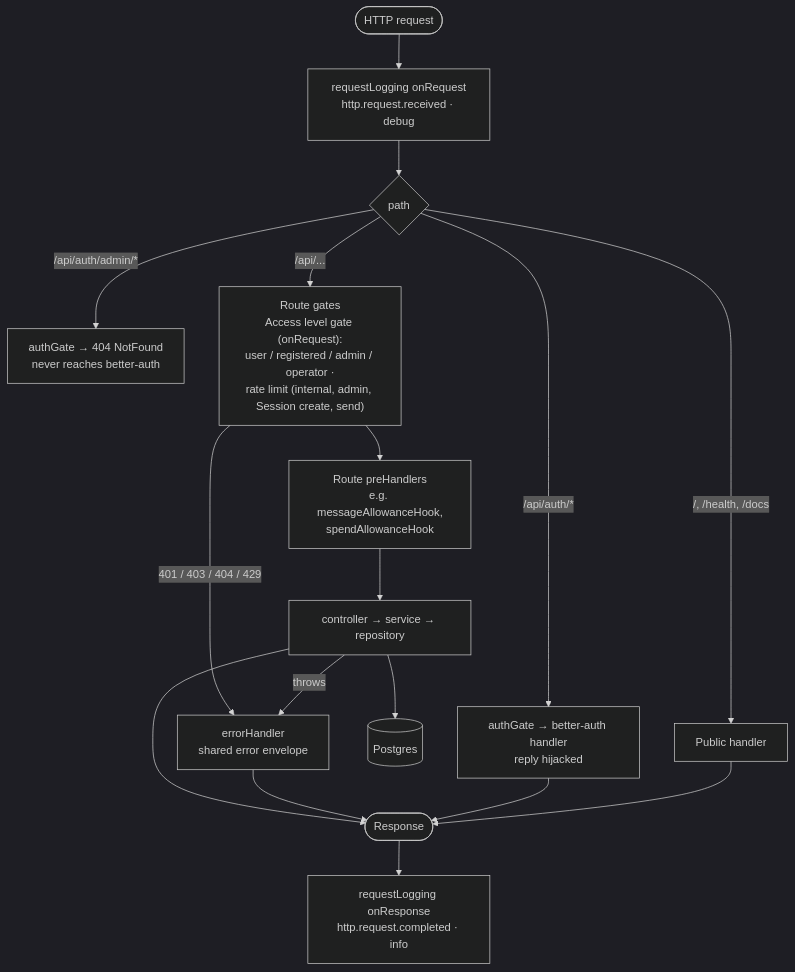
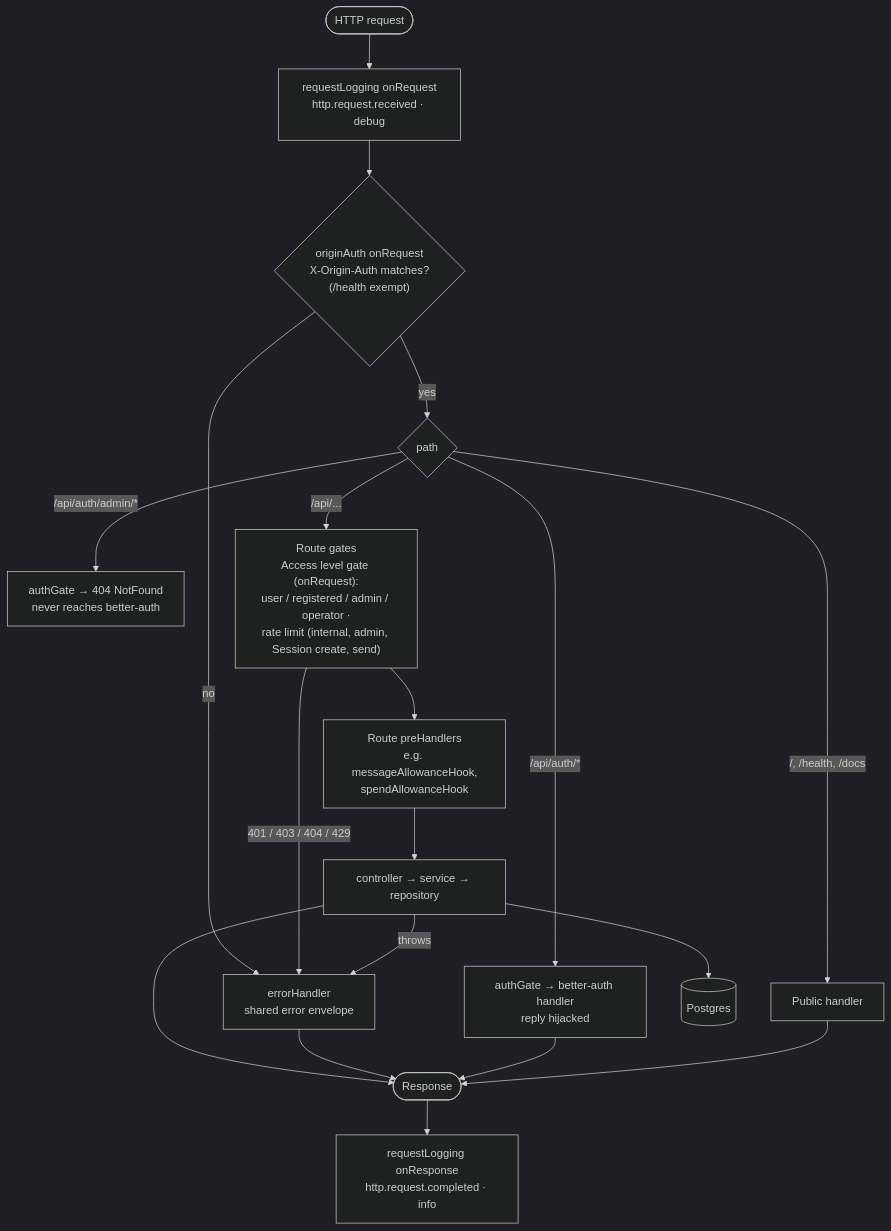
One commit to itsDaiton/nebula-chat changed the fourth of 9 diagrams in docs/architecture.md. Above: the diagram before and after it, drawn with Mermaid (dark theme). The commit also changed other lines of this file and 11 other files, not shown here.

````diff
--- a/docs/architecture.md
+++ b/docs/architecture.md
@@ -123,19 +123,21 @@
 ```mermaid
 flowchart TD
   req([HTTP request]) --> log1["requestLogging onRequest<br/>http.request.received · debug"]
-  log1 --> which{path}
+  log1 --> oa{"originAuth onRequest<br/>X-Origin-Auth matches?<br/>(/health exempt)"}
+  oa -->|no| err
+  oa -->|yes| which{path}
   which -->|"/api/auth/admin/*"| nf["authGate → 404 NotFound<br/>never reaches better-auth"]
   which -->|"/api/auth/*"| ba["authGate → better-auth handler<br/>reply hijacked"]
   which -->|"/, /health, /docs"| public[Public handler]
   which -->|"/api/..."| gates["Route gates<br/>Access level gate (onRequest):<br/>user / registered / admin / operator ·<br/>rate limit (internal, admin, Session create, send)"]
   gates --> pre["Route preHandlers<br/>e.g. messageAllowanceHook,<br/>spendAllowanceHook"]
   pre --> handler["controller → service → repository"]
   handler --> pg[(Postgres)]
   gates -->|"401 / 403 / 404 / 429"| err
   handler -->|throws| err["errorHandler<br/>shared error envelope"]
   handler --> res([Response])
   err --> res
   ba --> res
   public --> res
   res --> log2["requestLogging onResponse<br/>http.request.completed · info"]
 ```
````
